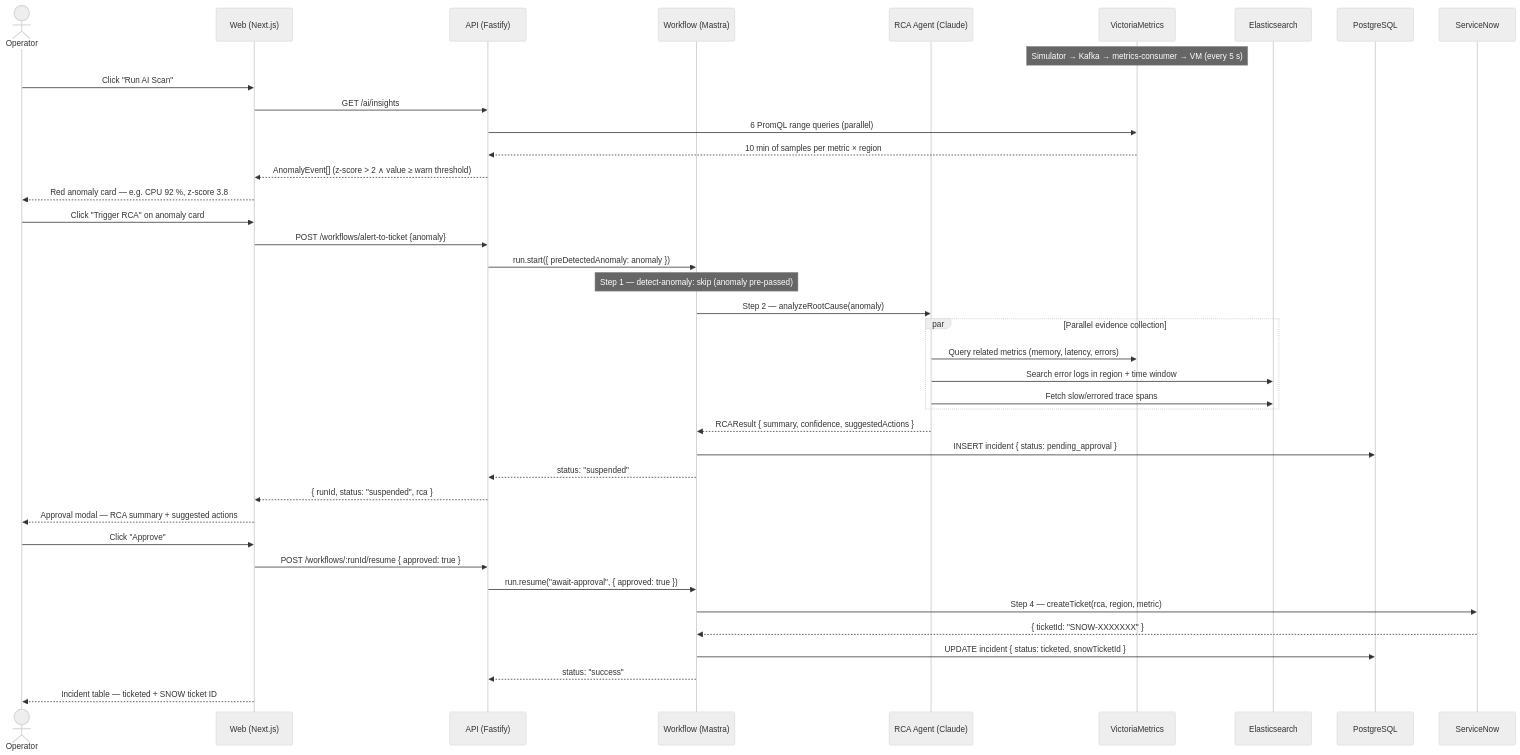
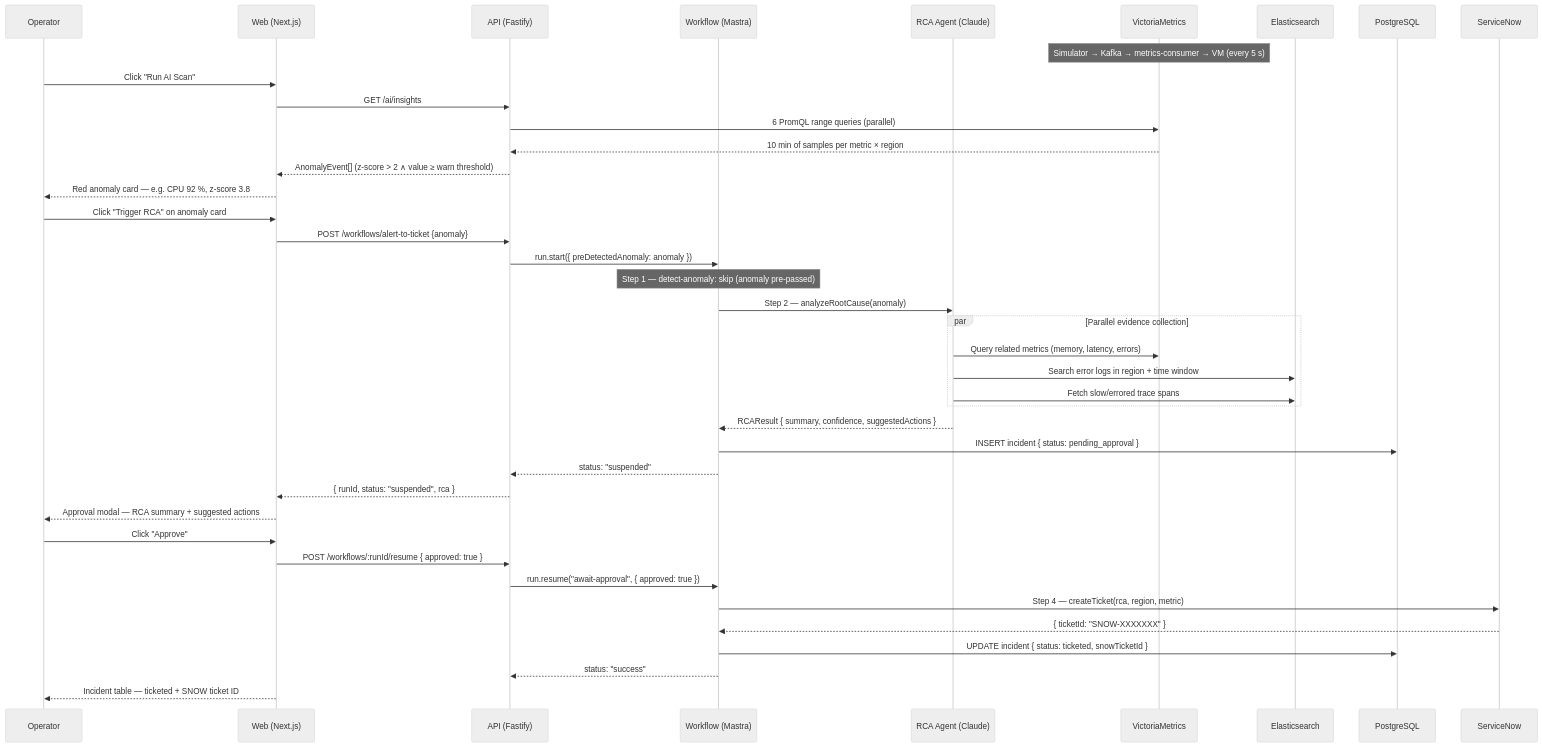
Before and after one commit to sergiunicoara/Agentic-AI: the first of 2 diagrams in SmartOps AI observability platform/README.md, drawn with Mermaid (neutral theme).

Commit message:
fix: replace actor with participant in sequence diagram for GitHub Mermaid compatibility

````diff
--- a/SmartOps AI observability platform/README.md
+++ b/SmartOps AI observability platform/README.md
@@ -41,50 +41,50 @@
 ```mermaid
 sequenceDiagram
-    actor U as Operator
+    participant U as Operator
     participant W as Web (Next.js)
     participant A as API (Fastify)
     participant WF as Workflow (Mastra)
     participant AI as RCA Agent (Claude)
     participant VM as VictoriaMetrics
     participant ES as Elasticsearch
     participant DB as PostgreSQL
     participant SN as ServiceNow
 
     Note over VM: Simulator → Kafka → metrics-consumer → VM (every 5 s)
 
     U->>W: Click "Run AI Scan"
     W->>A: GET /ai/insights
     A->>VM: 6 PromQL range queries (parallel)
     VM-->>A: 10 min of samples per metric × region
     A-->>W: AnomalyEvent[] (z-score > 2 ∧ value ≥ warn threshold)
     W-->>U: Red anomaly card — e.g. CPU 92 %, z-score 3.8
 
     U->>W: Click "Trigger RCA" on anomaly card
     W->>A: POST /workflows/alert-to-ticket {anomaly}
     A->>WF: run.start({ preDetectedAnomaly: anomaly })
 
     Note over WF: Step 1 — detect-anomaly: skip (anomaly pre-passed)
 
     WF->>AI: Step 2 — analyzeRootCause(anomaly)
     par Parallel evidence collection
         AI->>VM: Query related metrics (memory, latency, errors)
         AI->>ES: Search error logs in region + time window
         AI->>ES: Fetch slow/errored trace spans
     end
     AI-->>WF: RCAResult { summary, confidence, suggestedActions }
 
     WF->>DB: INSERT incident { status: pending_approval }
     WF-->>A: status: "suspended"
     A-->>W: { runId, status: "suspended", rca }
     W-->>U: Approval modal — RCA summary + suggested actions
 
     U->>W: Click "Approve"
     W->>A: POST /workflows/:runId/resume { approved: true }
     A->>WF: run.resume("await-approval", { approved: true })
 
     WF->>SN: Step 4 — createTicket(rca, region, metric)
     SN-->>WF: { ticketId: "SNOW-XXXXXXX" }
     WF->>DB: UPDATE incident { status: ticketed, snowTicketId }
     WF-->>A: status: "success"
     W-->>U: Incident table — ticketed + SNOW ticket ID
 ```
````
